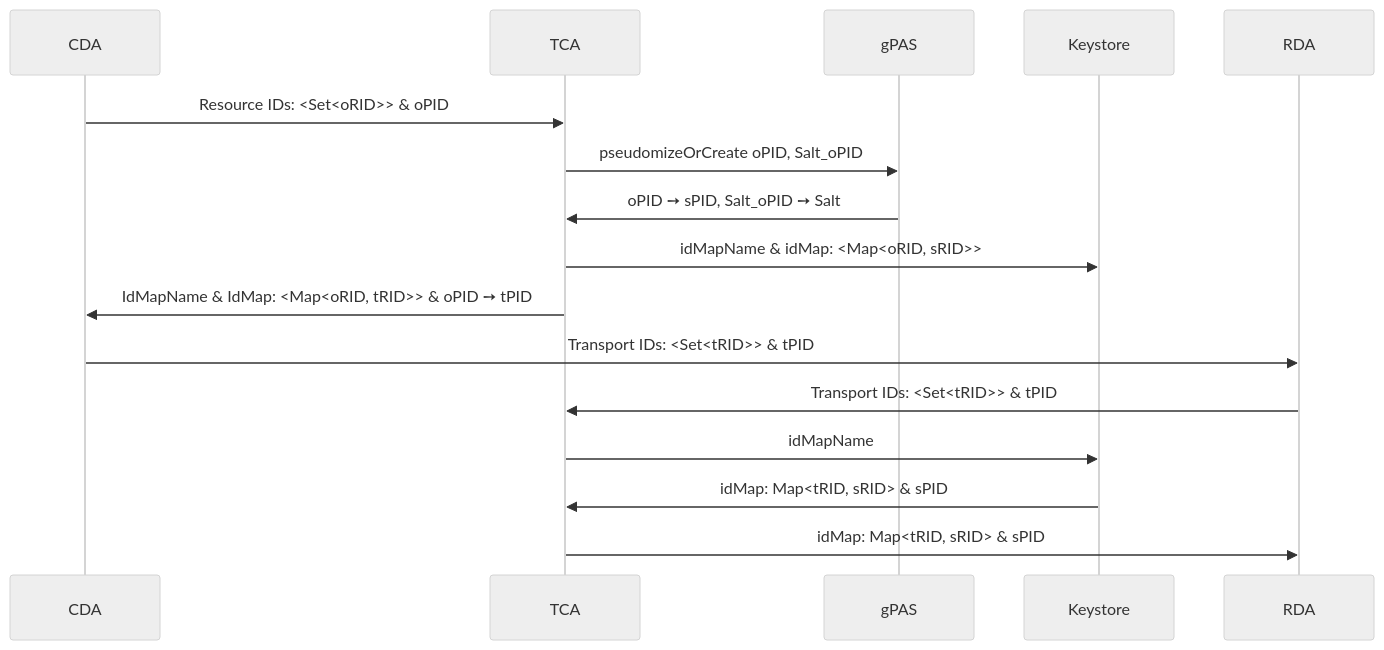
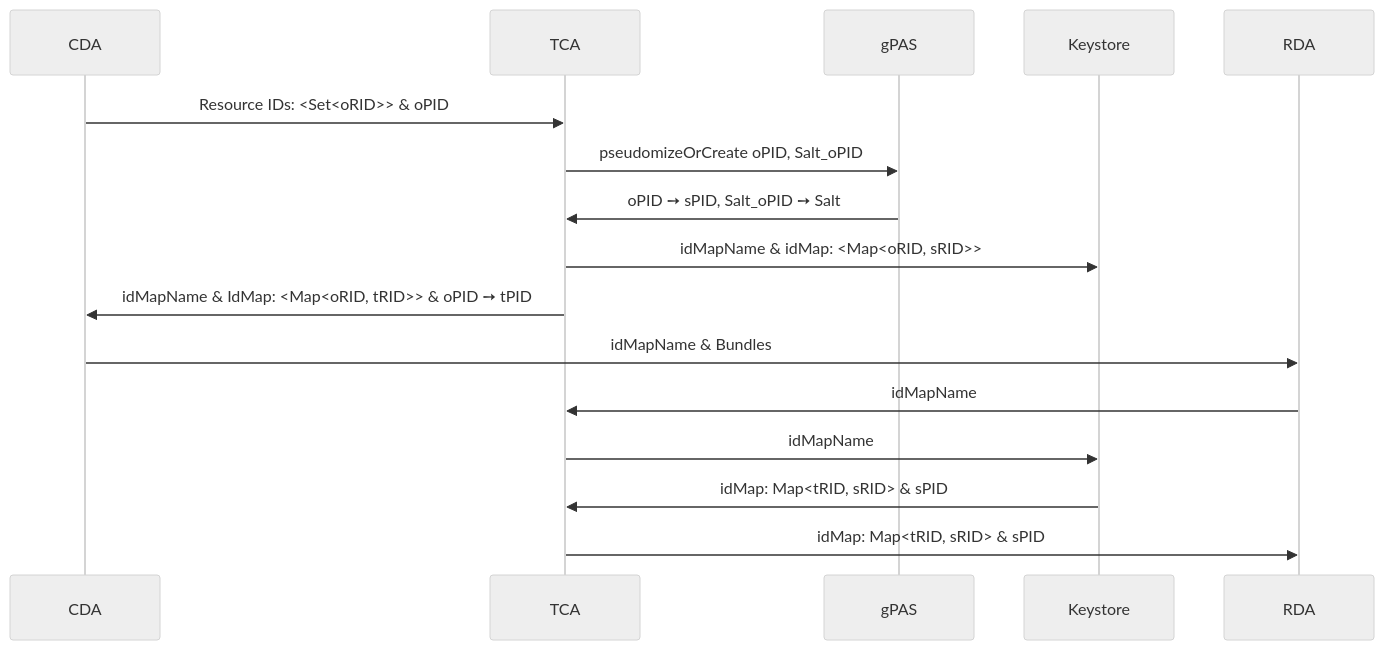
Before and after one commit to medizininformatik-initiative/fts-next: the diagram in docs/development/trustcenter-agent.md, drawn with Mermaid (neutral theme). The commit also changed other lines of this file and 5 other files, not shown here.

````diff
--- a/docs/development/trustcenter-agent.md
+++ b/docs/development/trustcenter-agent.md
@@ -31,13 +55,13 @@
 ```mermaid
 sequenceDiagram
     CDA ->> TCA: Resource IDs: <Set<oRID>> & oPID
     TCA ->> gPAS: pseudomizeOrCreate oPID, Salt_oPID
     gPAS ->> TCA: oPID ➙ sPID, Salt_oPID ➙ Salt
     TCA ->> Keystore: idMapName & idMap: <Map<oRID, sRID>>
-    TCA ->> CDA: IdMapName & IdMap: <Map<oRID, tRID>> & oPID ➙ tPID
-    CDA ->> RDA: Transport IDs: <Set<tRID>> & tPID
-    RDA ->> TCA: Transport IDs: <Set<tRID>> & tPID
+    TCA ->> CDA: idMapName & IdMap: <Map<oRID, tRID>> & oPID ➙ tPID
+    CDA ->> RDA: idMapName & Bundles
+    RDA ->> TCA: idMapName
     TCA ->> Keystore: idMapName
     Keystore ->> TCA: idMap: Map<tRID, sRID> & sPID
     TCA ->> RDA: idMap: Map<tRID, sRID> & sPID
 ```
````
